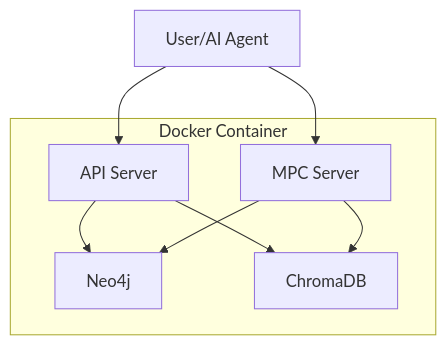
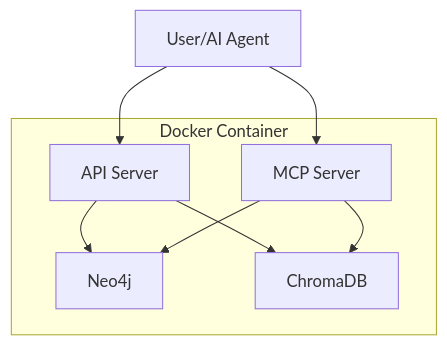
One commit to agileandy/graphRAG changed diagram 11 of 13 in specs/design/design.md. Above: the diagram before and after it, drawn with Mermaid. The commit also changed other lines of this file and 18 other files, not shown here.

````diff
--- a/specs/design/design.md
+++ b/specs/design/design.md
@@ -609,16 +612,16 @@
 ```mermaid
 graph TD
     subgraph Docker Container
         API[API Server]
-        MPC[MPC Server]
+        MCP[MCP Server]
         Neo4j[Neo4j]
         ChromaDB[ChromaDB]
     end
 
     User[User/AI Agent] --> API
-    User --> MPC
+    User --> MCP
     API --> Neo4j
     API --> ChromaDB
-    MPC --> Neo4j
-    MPC --> ChromaDB
+    MCP --> Neo4j
+    MCP --> ChromaDB
 ```
````
